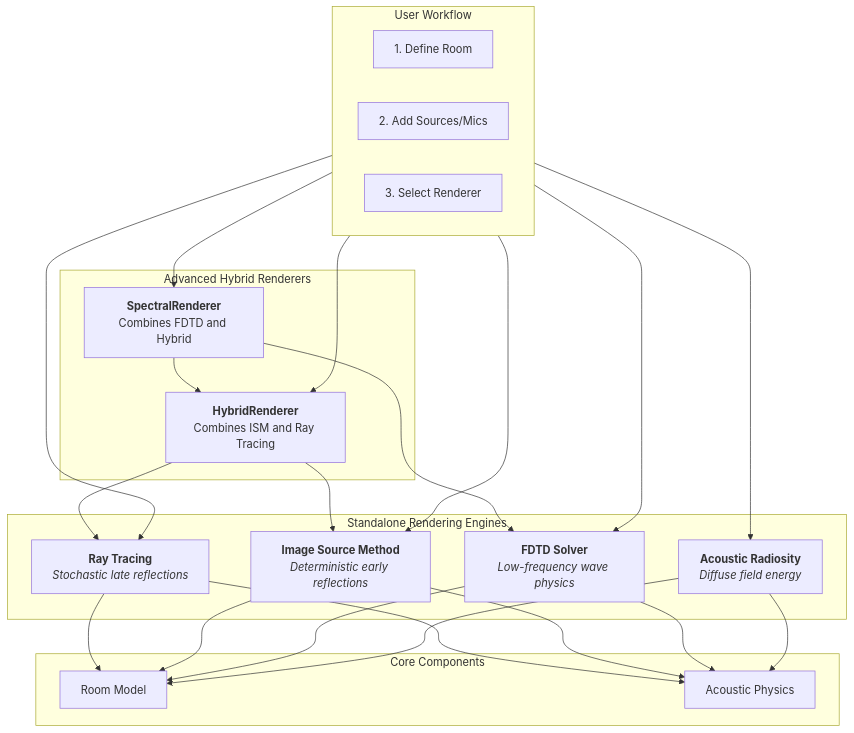
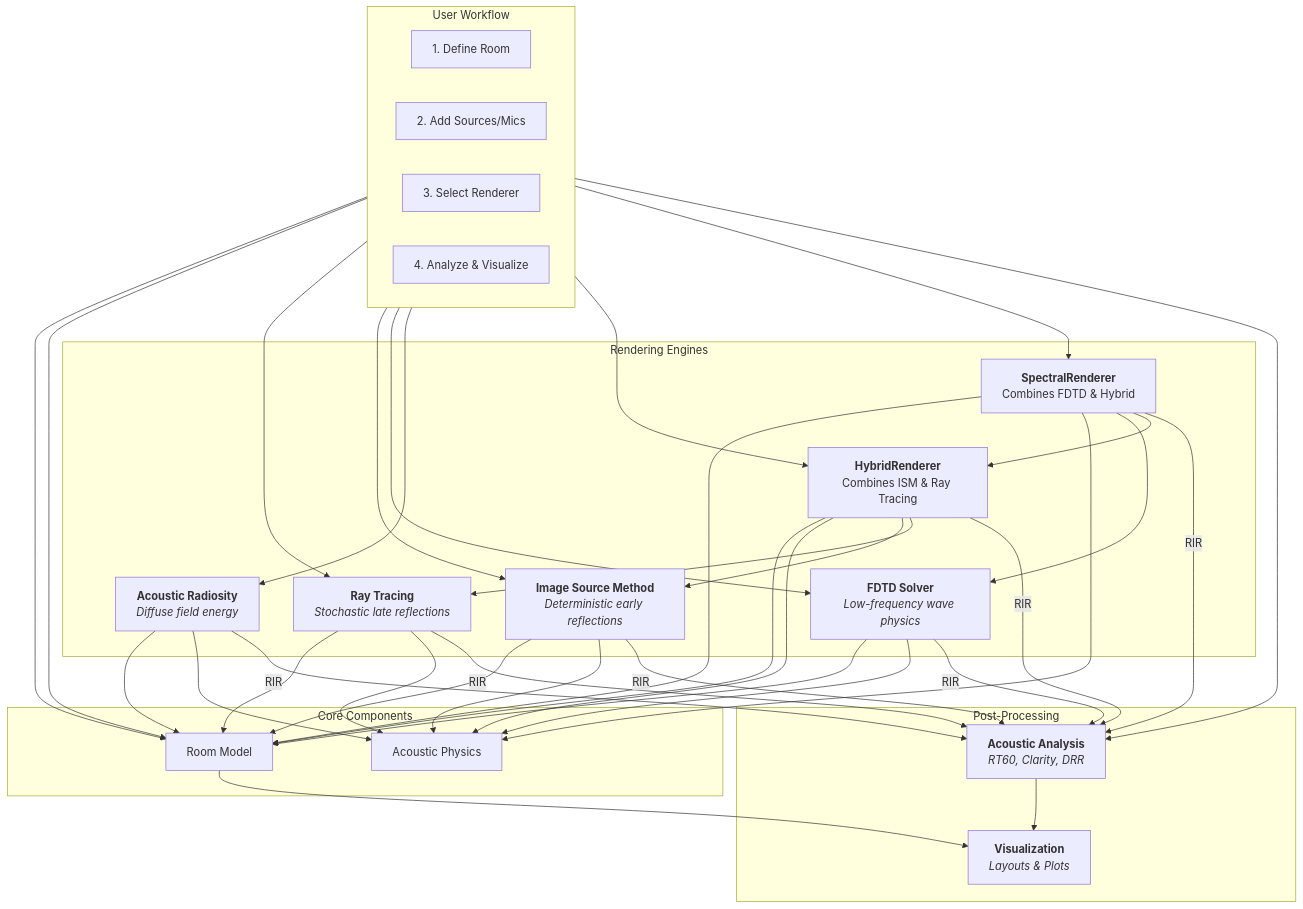
Before and after one commit to cyrta/RayRoom: the diagram in README.md, drawn with Mermaid. The commit also changed other lines of this file and 1 other file, not shown here.

````diff
--- a/README.md
+++ b/README.md
@@ -57,48 +58,49 @@
 ```mermaid
 graph TD
     subgraph "User Workflow"
         direction LR
         A[1. Define Room]
         B[2. Add Sources/Mics]
         C[3. Select Renderer]
+        D[4. Analyze & Visualize]
     end
 
     subgraph "Core Components"
         RoomModel["Room Model"]
         Physics["Acoustic Physics"]
     end
 
-    subgraph "Standalone Rendering Engines"
+    subgraph "Rendering Engines"
         Raytracer["<b>Ray Tracing</b><br><i>Stochastic late reflections</i>"]
         ISM["<b>Image Source Method</b><br><i>Deterministic early reflections</i>"]
         FDTD["<b>FDTD Solver</b><br><i>Low-frequency wave physics</i>"]
         Radiosity["<b>Acoustic Radiosity</b><br><i>Diffuse field energy</i>"]
+        Hybrid["<b>HybridRenderer</b><br>Combines ISM & Ray Tracing"]
+        Spectral["<b>SpectralRenderer</b><br>Combines FDTD & Hybrid"]
     end
 
-    subgraph "Advanced Hybrid Renderers"
-        Hybrid["<b>HybridRenderer</b><br>Combines ISM and Ray Tracing"]
-        Spectral["<b>SpectralRenderer</b><br>Combines FDTD and Hybrid"]
+    subgraph "Post-Processing"
+        Analysis["<b>Acoustic Analysis</b><br><i>RT60, Clarity, DRR</i>"]
+        Visualize["<b>Visualization</b><br><i>Layouts & Plots</i>"]
     end
+
+    A & B --> RoomModel
+    RoomModel --> Visualize
 
     C --> Raytracer
     C --> ISM
     C --> FDTD
     C --> Radiosity
     C --> Hybrid
     C --> Spectral
 
-    Raytracer --> RoomModel
-    ISM --> RoomModel
-    FDTD --> RoomModel
-    Radiosity --> RoomModel
+    Raytracer & ISM & FDTD & Radiosity & Hybrid & Spectral --> RoomModel
+    Raytracer & ISM & FDTD & Radiosity & Hybrid & Spectral --> Physics
+    
+    Hybrid --> ISM & Raytracer
+    Spectral --> FDTD & Hybrid
 
-    Raytracer --> Physics
-    ISM --> Physics
-    FDTD --> Physics
-    Radiosity --> Physics
-
-    Hybrid --> ISM
-    Hybrid --> Raytracer
-    Spectral --> FDTD
-    Spectral --> Hybrid
+    Raytracer & ISM & FDTD & Radiosity & Hybrid & Spectral -- RIR --> Analysis
+    Analysis --> Visualize
+    D --> Analysis
 ```
````
